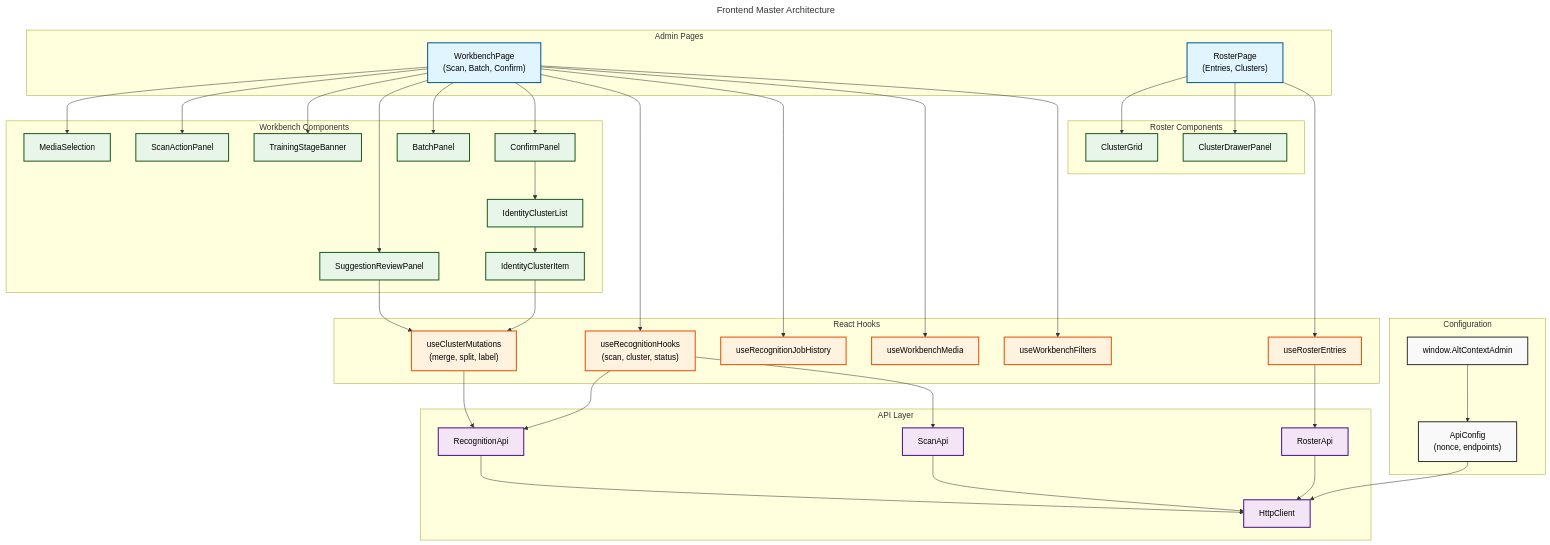
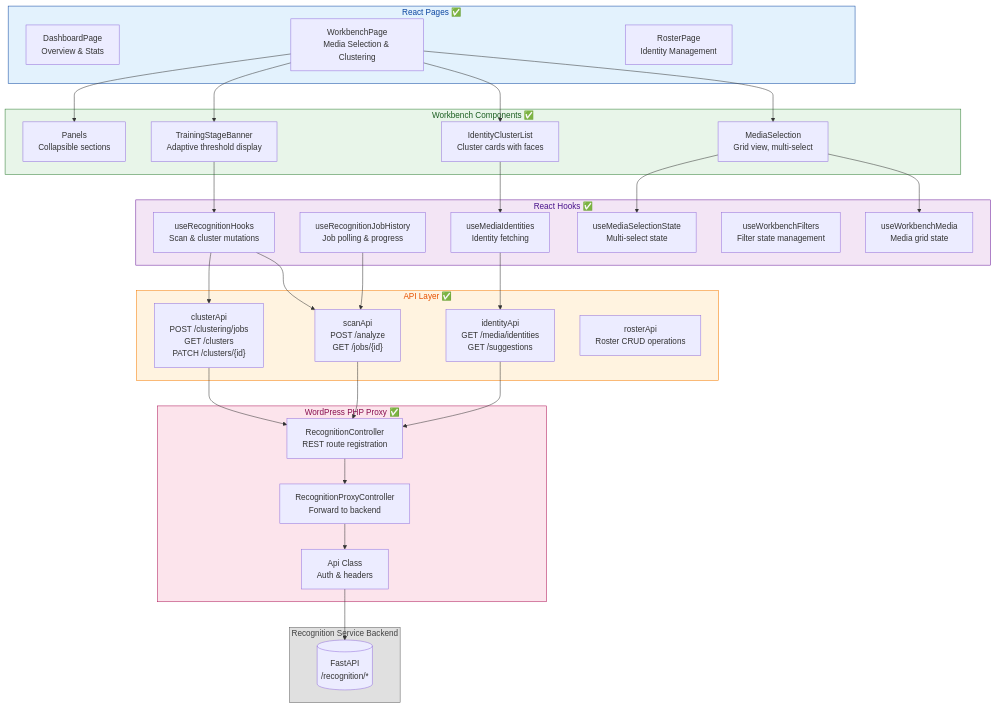
One commit to darce/context-alt-text-monorepo changed the diagram in docs/architecture/frontend-uml/master.mmd. Above: the diagram before and after it, drawn with Mermaid. The commit also changed 4 other files, not shown here.

First line of the commit message:
docs(uml): add frontend architecture diagrams and system overview

```diff
--- a/docs/architecture/frontend-uml/master.mmd
+++ b/docs/architecture/frontend-uml/master.mmd
@@ -1,92 +1,82 @@
----
-title: Frontend Master Architecture
----
-flowchart TB
-    %% Styles for WCAG Contrast
-    classDef external fill:#f9f9f9,stroke:#333,stroke-width:2px,color:#000
-    classDef page fill:#e1f5fe,stroke:#01579b,stroke-width:2px,color:#000
-    classDef component fill:#e8f5e9,stroke:#1b5e20,stroke-width:2px,color:#000
-    classDef hook fill:#fff3e0,stroke:#e65100,stroke-width:2px,color:#000
-    classDef api fill:#f3e5f5,stroke:#4a148c,stroke-width:2px,color:#000
-    classDef type fill:#eceff1,stroke:#263238,stroke-width:2px,color:#000
 
-    subgraph Config["Configuration"]
-        window["window.AltContextAdmin"]:::external
-        api_config["ApiConfig\n(nonce, endpoints)"]:::external
+graph TB
+    %% =======================================================================
+    %% WORDPRESS PLUGIN FRONTEND V4.2.4 - MASTER OVERVIEW
+    %% Updated: December 6, 2025
+    %% Status: Core implementation complete
+    %% =======================================================================
+
+    subgraph Pages["React Pages ✅"]
+        Dashboard["DashboardPage<br/>Overview & Stats"]
+        Workbench["WorkbenchPage<br/>Media Selection & Clustering"]
+        Roster["RosterPage<br/>Identity Management"]
     end
 
-    subgraph Pages["Admin Pages"]
-        workbench["WorkbenchPage\n(Scan, Batch, Confirm)"]:::page
-        roster["RosterPage\n(Entries, Clusters)"]:::page
+    subgraph WorkbenchComponents["Workbench Components ✅"]
+        MediaSelection["MediaSelection<br/>Grid view, multi-select"]
+        IdentityClusterList["IdentityClusterList<br/>Cluster cards with faces"]
+        TrainingBanner["TrainingStageBanner<br/>Adaptive threshold display"]
+        Panels["Panels<br/>Collapsible sections"]
     end
 
-    subgraph WorkbenchUI["Workbench Components"]
-        media_sel["MediaSelection"]:::component
-        scan_panel["ScanActionPanel"]:::component
-        cluster_list["IdentityClusterList"]:::component
-        cluster_item["IdentityClusterItem"]:::component
-        suggestion["SuggestionReviewPanel"]:::component
-        training["TrainingStageBanner"]:::component
-        batch["BatchPanel"]:::component
-        confirm["ConfirmPanel"]:::component
+    subgraph APILayer["API Layer ✅"]
+        ScanApi["scanApi<br/>POST /analyze<br/>GET /jobs/{id}"]
+        ClusterApi["clusterApi<br/>POST /clustering/jobs<br/>GET /clusters<br/>PATCH /clusters/{id}"]
+        IdentityApi["identityApi<br/>GET /media/identities<br/>GET /suggestions"]
+        RosterApi["rosterApi<br/>Roster CRUD operations"]
     end
 
-    subgraph RosterUI["Roster Components"]
-        grid["ClusterGrid"]:::component
-        drawer["ClusterDrawerPanel"]:::component
+    subgraph Hooks["React Hooks ✅"]
+        UseRecognition["useRecognitionHooks<br/>Scan & cluster mutations"]
+        UseJobHistory["useRecognitionJobHistory<br/>Job polling & progress"]
+        UseMediaIdentities["useMediaIdentities<br/>Identity fetching"]
+        UseWorkbenchMedia["useWorkbenchMedia<br/>Media grid state"]
+        UseFilters["useWorkbenchFilters<br/>Filter state management"]
+        UseSelection["useMediaSelectionState<br/>Multi-select state"]
     end
 
-    subgraph Hooks["React Hooks"]
-        rec_hooks["useRecognitionHooks\n(scan, cluster, status)"]:::hook
-        job_hooks["useRecognitionJobHistory"]:::hook
-        media_hooks["useWorkbenchMedia"]:::hook
-        filter_hooks["useWorkbenchFilters"]:::hook
-        cluster_hooks["useClusterMutations\n(merge, split, label)"]:::hook
-        roster_hooks["useRosterEntries"]:::hook
+    subgraph PHPProxy["WordPress PHP Proxy ✅"]
+        RecognitionController["RecognitionController<br/>REST route registration"]
+        ProxyController["RecognitionProxyController<br/>Forward to backend"]
+        ApiClass["Api Class<br/>Auth & headers"]
     end
 
-    subgraph API["API Layer"]
-        http["HttpClient"]:::api
-        rec_api["RecognitionApi"]:::api
-        roster_api["RosterApi"]:::api
-        scan_api["ScanApi"]:::api
+    subgraph Backend["Recognition Service Backend"]
+        BackendAPI[("FastAPI<br/>/recognition/*")]
     end
 
-    %% Configuration Flow
-    window --> api_config
-    api_config --> http
+    %% Page to Component connections
+    Workbench --> MediaSelection
+    Workbench --> IdentityClusterList
+    Workbench --> TrainingBanner
+    Workbench --> Panels
 
-    %% Page Composition
-    workbench --> media_sel
-    workbench --> scan_panel
-    workbench --> training
-    workbench --> suggestion
-    workbench --> batch
-    workbench --> confirm
-    
-    confirm --> cluster_list
-    cluster_list --> cluster_item
+    %% Component to Hook connections
+    MediaSelection --> UseWorkbenchMedia
+    MediaSelection --> UseSelection
+    IdentityClusterList --> UseMediaIdentities
+    TrainingBanner --> UseRecognition
 
-    roster --> grid
-    roster --> drawer
+    %% Hook to API connections
+    UseRecognition --> ScanApi
+    UseRecognition --> ClusterApi
+    UseJobHistory --> ScanApi
+    UseMediaIdentities --> IdentityApi
 
-    %% Hook Usage
-    workbench --> rec_hooks
-    workbench --> job_hooks
-    workbench --> media_hooks
-    workbench --> filter_hooks
-    
-    cluster_item --> cluster_hooks
-    suggestion --> cluster_hooks
-    
-    roster --> roster_hooks
+    %% API to Proxy connections
+    ScanApi --> RecognitionController
+    ClusterApi --> RecognitionController
+    IdentityApi --> RecognitionController
+    RecognitionController --> ProxyController
+    ProxyController --> ApiClass
 
-    %% API Integration
-    rec_hooks --> rec_api
-    rec_hooks --> scan_api
-    cluster_hooks --> rec_api
-    roster_hooks --> roster_api
-    
-    rec_api --> http
-    roster_api --> http
-    scan_api --> http
+    %% Proxy to Backend
+    ApiClass --> BackendAPI
+
+    %% Styling
+    style Pages fill:#e3f2fd,stroke:#0d47a1,color:#0d47a1
+    style WorkbenchComponents fill:#e8f5e9,stroke:#2e7d32,color:#1b5e20
+    style APILayer fill:#fff3e0,stroke:#f57c00,color:#e65100
+    style Hooks fill:#f3e5f5,stroke:#6a1b9a,color:#4a148c
+    style PHPProxy fill:#fce4ec,stroke:#ad1457,color:#880e4f
+    style Backend fill:#e0e0e0,stroke:#616161,color:#424242
```
